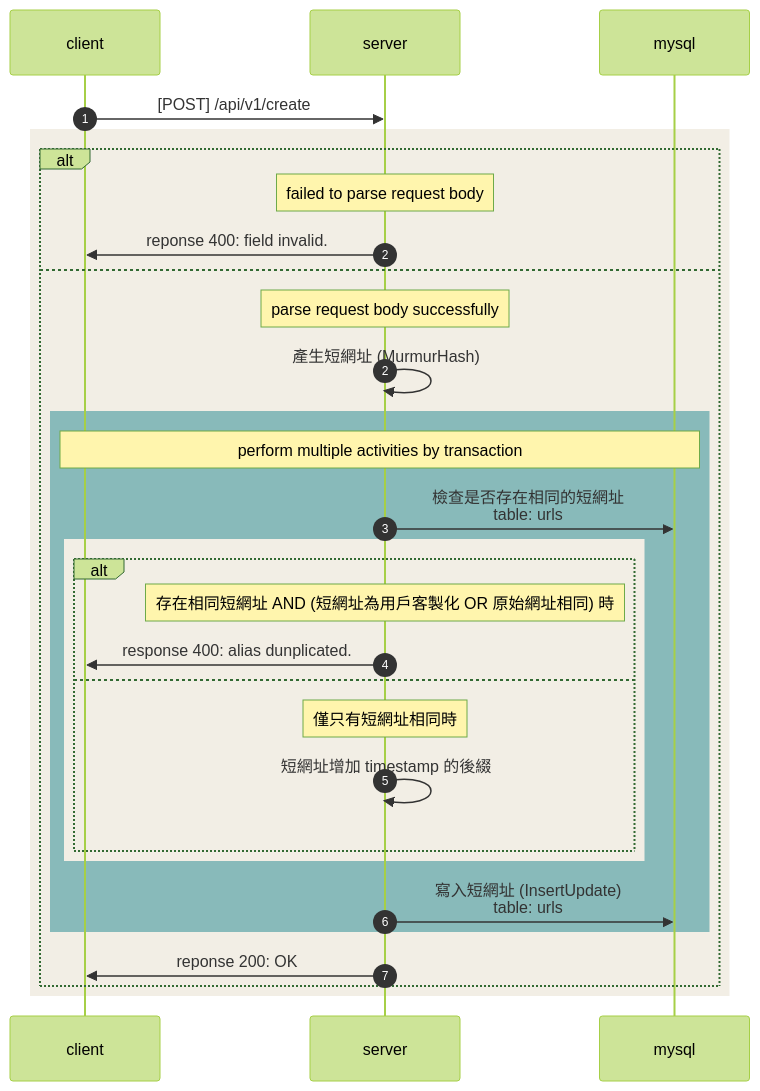
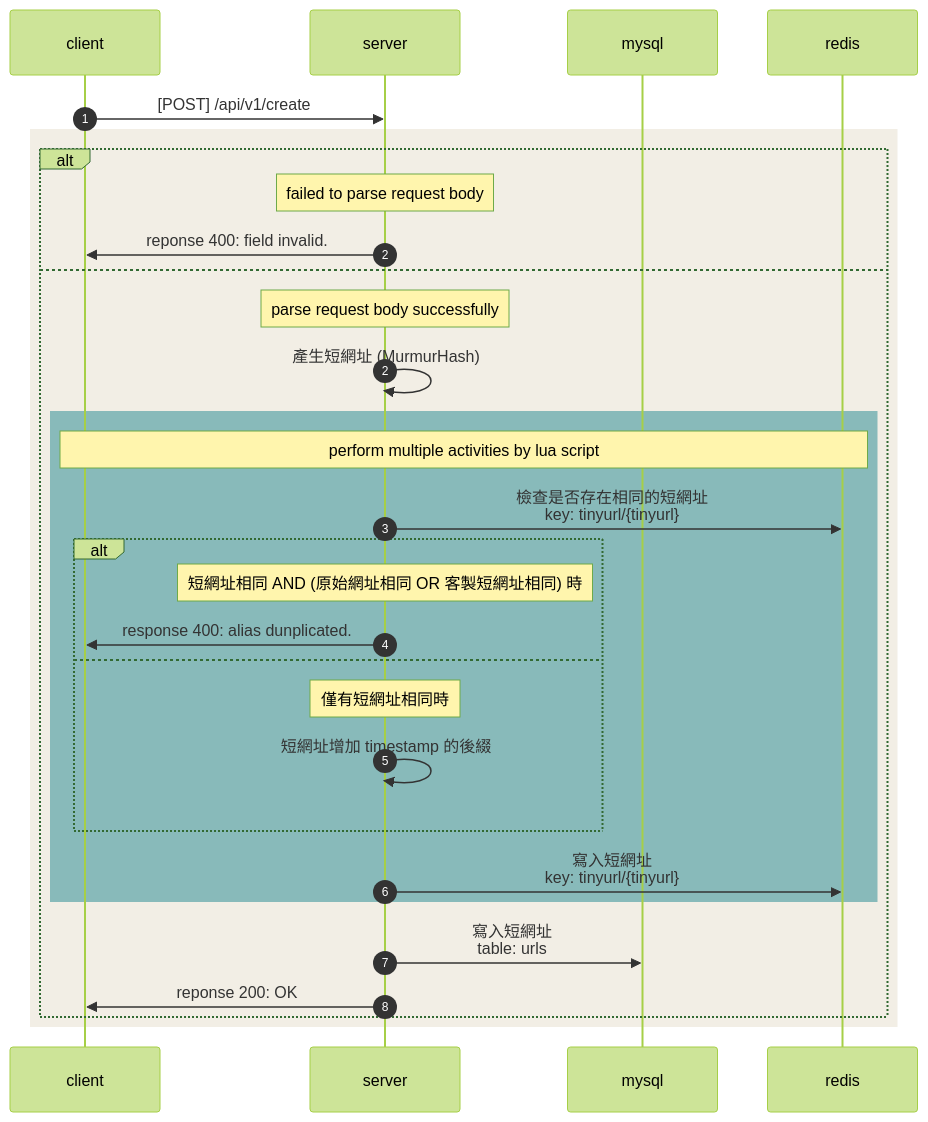
The diagram in doc/api/v1/create.md (JianLiu666/TinyURL), drawn with Mermaid (forest theme) before and after one commit.

````diff
--- a/doc/api/v1/create.md
+++ b/doc/api/v1/create.md
@@ -31,36 +31,37 @@
 ```mermaid
 sequenceDiagram
     participant client
     participant server
     participant mysql
+    participant redis
     
     autonumber 1
     client ->> server: [POST] /api/v1/create
     
     rect rgb(242, 238, 229)
         alt
             Note over server: failed to parse request body
             server ->> client: reponse 400: field invalid.
         else
             autonumber 2
-            Note over server : parse request body successfully
-            server ->> server : 產生短網址 (MurmurHash)
+            Note over server: parse request body successfully
+            server ->> server: 產生短網址 (MurmurHash)
             
             rect rgb(136,186,186)
-                Note over client, mysql: perform multiple activities by transaction 
-                server ->> mysql : 檢查是否存在相同的短網址<br>table: urls
-                rect rgb(242, 238, 229)
-                    alt
-                        Note over server: 存在相同短網址 AND (短網址為用戶客製化 OR 原始網址相同) 時
-                    server ->> client : response 400: alias dunplicated.
-                    else
-                        Note over server: 僅只有短網址相同時
-                        server ->> server : 短網址增加 timestamp 的後綴
-                    end
+                Note over client, redis: perform multiple activities by lua script
+                server ->> redis: 檢查是否存在相同的短網址<br>key: tinyurl/{tinyurl}
+                alt
+                    Note over server: 短網址相同 AND (原始網址相同 OR 客製短網址相同) 時
+                    server ->> client: response 400: alias dunplicated.
+                else
+                    Note over server: 僅有短網址相同時
+                    server ->> server: 短網址增加 timestamp 的後綴
                 end
-                server ->> mysql : 寫入短網址 (InsertUpdate)<br>table: urls
+                server ->> redis: 寫入短網址<br>key: tinyurl/{tinyurl}
             end
+            
+            server ->> mysql: 寫入短網址<br>table: urls
             server ->> client: reponse 200: OK
         end
     end
 ```
````
